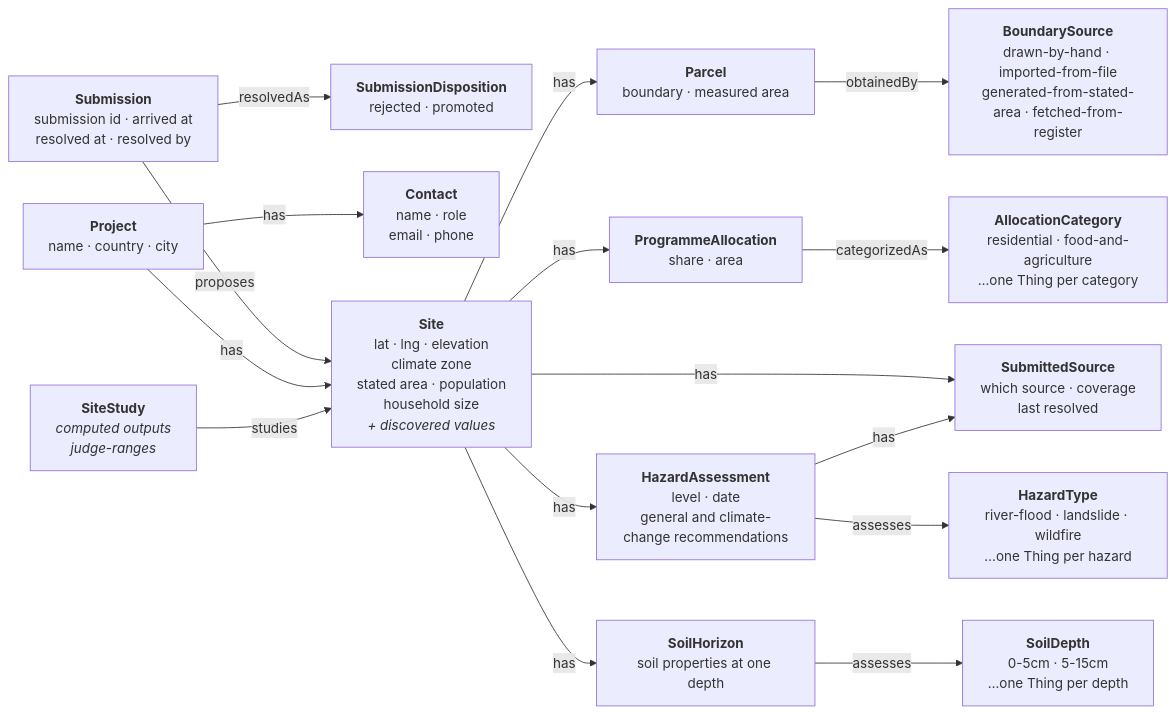
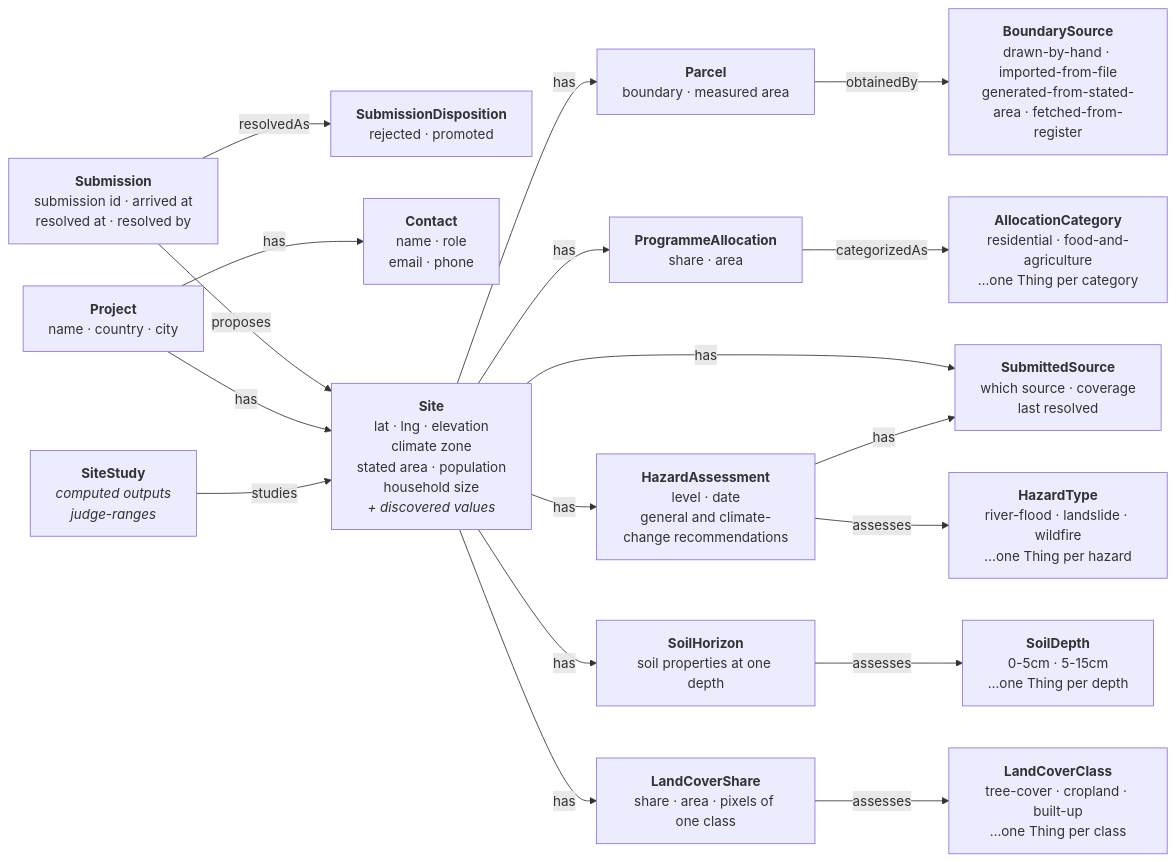
One commit to ReGen-Villages/VillageOS-API changed the sixth of 10 diagrams in docs/LAND_INTAKE.md. Above: the diagram before and after it, drawn with Mermaid. The commit also changed other lines of this file and 2 other files, not shown here.

Commit message:
The land cover test sits apart from the water-demand comment, the composer's comment reads plainly, and LAND_INTAKE names the land-cover share and class (#8185)

````diff
--- a/docs/LAND_INTAKE.md
+++ b/docs/LAND_INTAKE.md
@@ -706,35 +706,39 @@
 ```mermaid
 flowchart LR
   SU["<b>Submission</b><br/>submission id · arrived at<br/>resolved at · resolved by"]
   SD["<b>SubmissionDisposition</b><br/>rejected · promoted"]
   PR["<b>Project</b><br/>name · country · city"]
   CO["<b>Contact</b><br/>name · role<br/>email · phone"]
   SI["<b>Site</b><br/>lat · lng · elevation<br/>climate zone<br/>stated area · population<br/>household size<br/><i>+ discovered values</i>"]
   ST["<b>SiteStudy</b><br/><i>computed outputs</i><br/><i>judge-ranges</i>"]
   PA["<b>Parcel</b><br/>boundary · measured area"]
   AL["<b>ProgrammeAllocation</b><br/>share · area"]
   HA["<b>HazardAssessment</b><br/>level · date<br/>general and climate-change recommendations"]
   SH["<b>SoilHorizon</b><br/>soil properties at one depth"]
+  LCS["<b>LandCoverShare</b><br/>share · area · pixels of one class"]
   DS["<b>SubmittedSource</b><br/>which source · coverage<br/>last resolved"]
 
   BS["<b>BoundarySource</b><br/>drawn-by-hand · imported-from-file<br/>generated-from-stated-area · fetched-from-register"]
   AC["<b>AllocationCategory</b><br/>residential · food-and-agriculture<br/>…one Thing per category"]
   HT["<b>HazardType</b><br/>river-flood · landslide · wildfire<br/>…one Thing per hazard"]
   SDE["<b>SoilDepth</b><br/>0-5cm · 5-15cm<br/>…one Thing per depth"]
+  LCC["<b>LandCoverClass</b><br/>tree-cover · cropland · built-up<br/>…one Thing per class"]
 
   SU -->|proposes| SI
   SU -->|resolvedAs| SD
   PR -->|has| CO
   PR -->|has| SI
   SI -->|has| PA
   SI -->|has| AL
   SI -->|has| HA
   SI -->|has| DS
   HA -->|has| DS
   ST -->|studies| SI
   PA -->|obtainedBy| BS
   AL -->|categorizedAs| AC
   HA -->|assesses| HT
   SI -->|has| SH
   SH -->|assesses| SDE
+  SI -->|has| LCS
+  LCS -->|assesses| LCC
 ```
````
